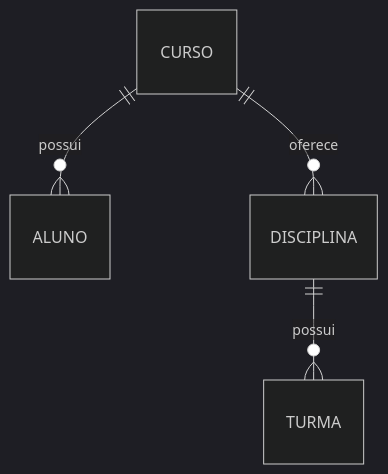
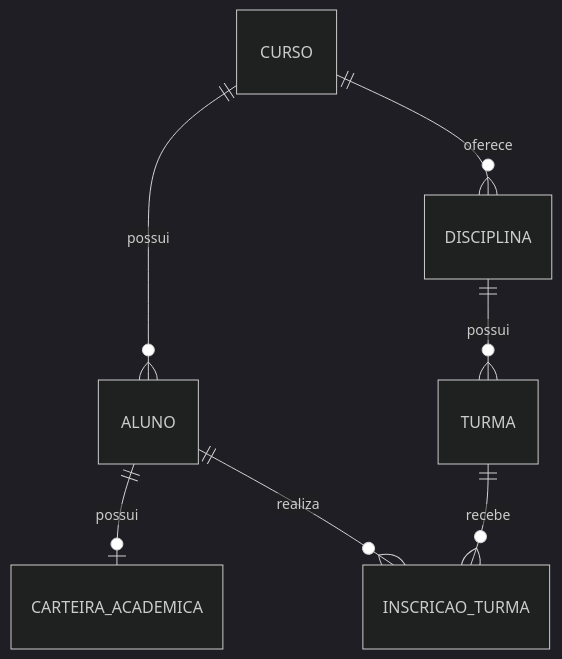
The diagram in README.md (Biancafrs/cartao-identidade-aluno), drawn with Mermaid (dark theme) before and after one commit. The commit also changed other lines of this file and 25 other files, not shown here.

````diff
--- a/README.md
+++ b/README.md
@@ -105,6 +118,9 @@
 ```mermaid
 erDiagram
     CURSO ||--o{ ALUNO : possui
     CURSO ||--o{ DISCIPLINA : oferece
     DISCIPLINA ||--o{ TURMA : possui
+    ALUNO ||--o| CARTEIRA_ACADEMICA : possui
+    ALUNO ||--o{ INSCRICAO_TURMA : realiza
+    TURMA ||--o{ INSCRICAO_TURMA : recebe
 ```
````
